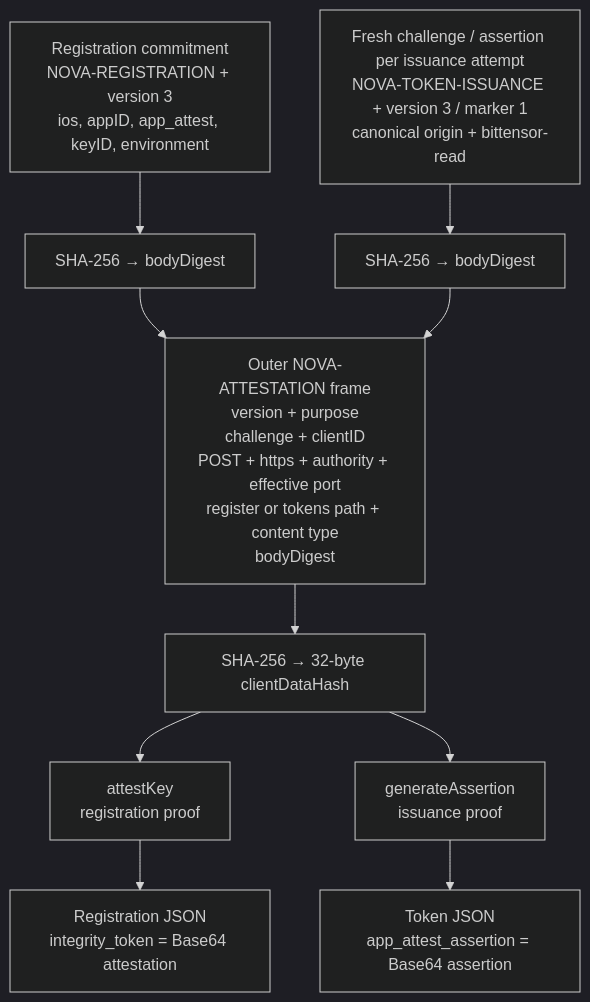
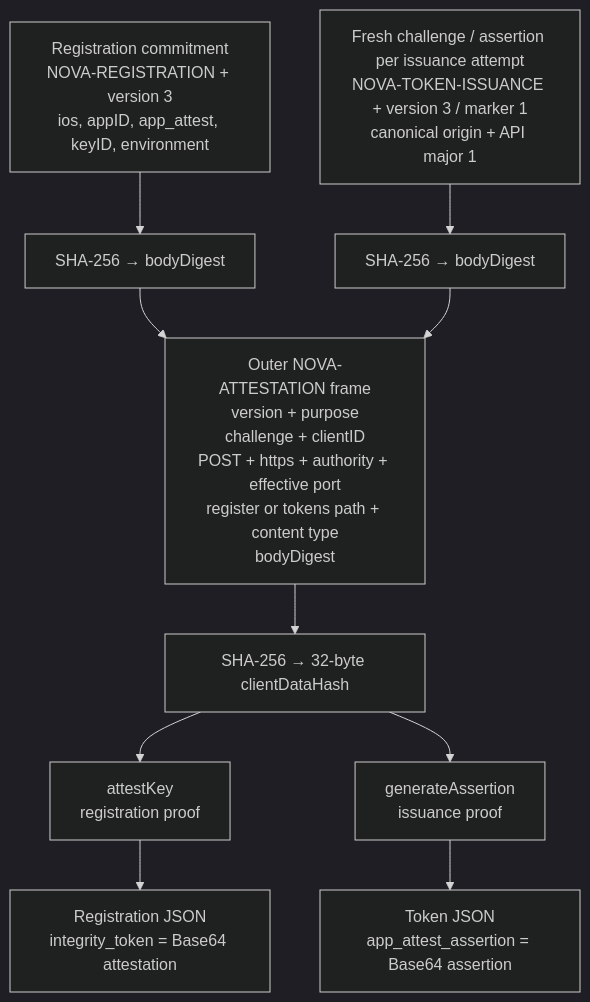
One commit to novasamatech/nova-wallet-ios changed the third of 9 diagrams in .claude/docs/architecture/novaauth-client-diagrams.md. Above: the diagram before and after it, drawn with Mermaid (dark theme). The commit also changed other lines of this file and 4 other files, not shown here.

````diff
--- a/.claude/docs/architecture/novaauth-client-diagrams.md
+++ b/.claude/docs/architecture/novaauth-client-diagrams.md
@@ -106,12 +105,12 @@
 ```mermaid
 flowchart TB
   R["Registration commitment<br/>NOVA-REGISTRATION + version 3<br/>ios, appID, app_attest, keyID, environment"] --> RH["SHA-256 → bodyDigest"]
-  T["Fresh challenge / assertion per issuance attempt<br/>NOVA-TOKEN-ISSUANCE + version 3 / marker 1<br/>canonical origin + bittensor-read"] --> TH["SHA-256 → bodyDigest"]
+  T["Fresh challenge / assertion per issuance attempt<br/>NOVA-TOKEN-ISSUANCE + version 3 / marker 1<br/>canonical origin + API major 1"] --> TH["SHA-256 → bodyDigest"]
   RH --> FRAME["Outer NOVA-ATTESTATION frame<br/>version + purpose<br/>challenge + clientID<br/>POST + https + authority + effective port<br/>register or tokens path + content type<br/>bodyDigest"]
   TH --> FRAME
   FRAME --> HASH["SHA-256 → 32-byte clientDataHash"]
   HASH --> REG["attestKey<br/>registration proof"]
   HASH --> ASSERT["generateAssertion<br/>issuance proof"]
   REG --> RJSON["Registration JSON<br/>integrity_token = Base64 attestation"]
   ASSERT --> TJSON["Token JSON<br/>app_attest_assertion = Base64 assertion"]
 ```
````
